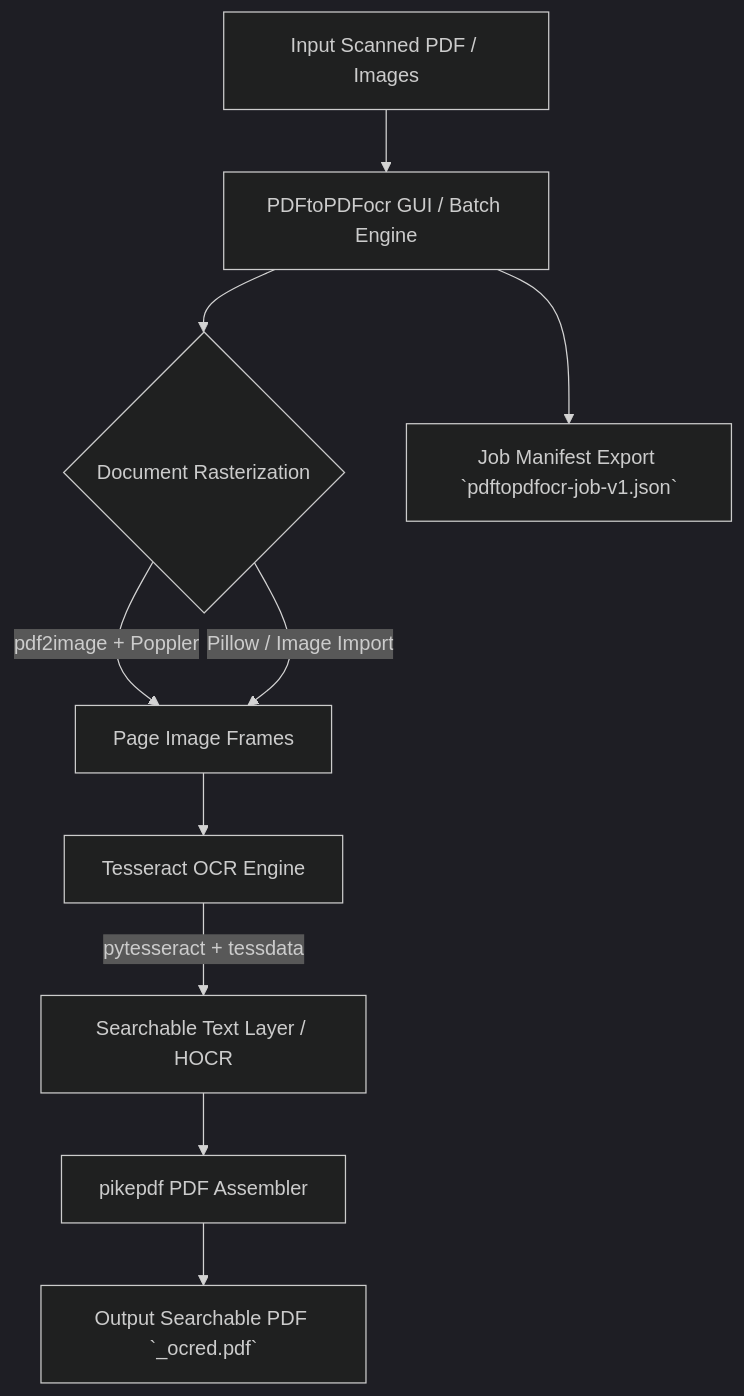
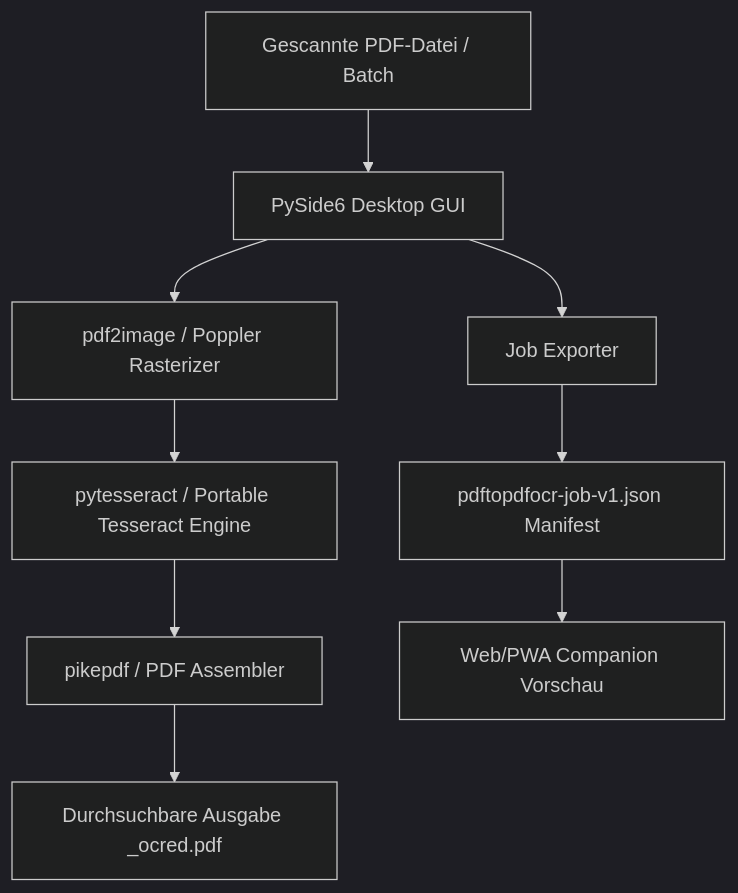
Before and after one commit to doc-bricks/PDFtoPDFocr: the diagram in README_de.md, drawn with Mermaid (dark theme). The commit also changed other lines of this file and 4 other files, not shown here.

Commit message:
docs(marketing): Discoverability & Marketing Audit (Pfad B) - Shields.io badges, GFM callouts, PEP 621 pyproject.toml, Mermaid diagram, llms.txt & CHANGELOG [2026-07-27]

````diff
--- a/README_de.md
+++ b/README_de.md
@@ -21,12 +26,11 @@
 ```mermaid
-flowchart TD
-    A[Input Scanned PDF / Images] --> B[PDFtoPDFocr GUI / Batch Engine]
-    B --> C{Document Rasterization}
-    C -->|pdf2image + Poppler| D[Page Image Frames]
-    C -->|Pillow / Image Import| D
-    D --> E[Tesseract OCR Engine]
-    E -->|pytesseract + tessdata| F[Searchable Text Layer / HOCR]
-    F --> G[pikepdf PDF Assembler]
-    G --> H[Output Searchable PDF `_ocred.pdf`]
-    B --> I[Job Manifest Export `pdftopdfocr-job-v1.json`]
+graph TD
+    A[Gescannte PDF-Datei / Batch] --> B[PySide6 Desktop GUI]
+    B --> C[pdf2image / Poppler Rasterizer]
+    C --> D[pytesseract / Portable Tesseract Engine]
+    D --> E[pikepdf / PDF Assembler]
+    E --> F[Durchsuchbare Ausgabe _ocred.pdf]
+    B --> G[Job Exporter]
+    G --> H[pdftopdfocr-job-v1.json Manifest]
+    H --> I[Web/PWA Companion Vorschau]
 ```
````
